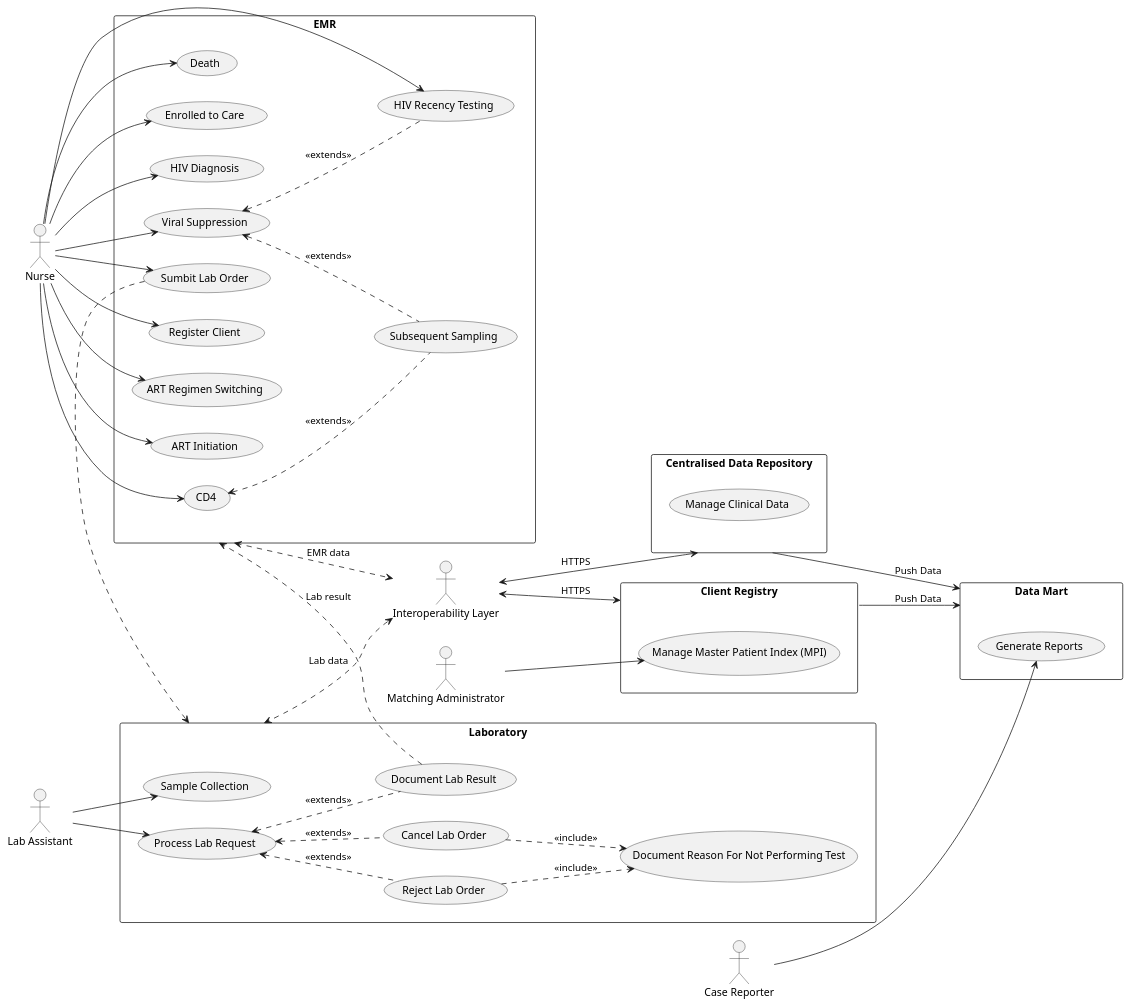
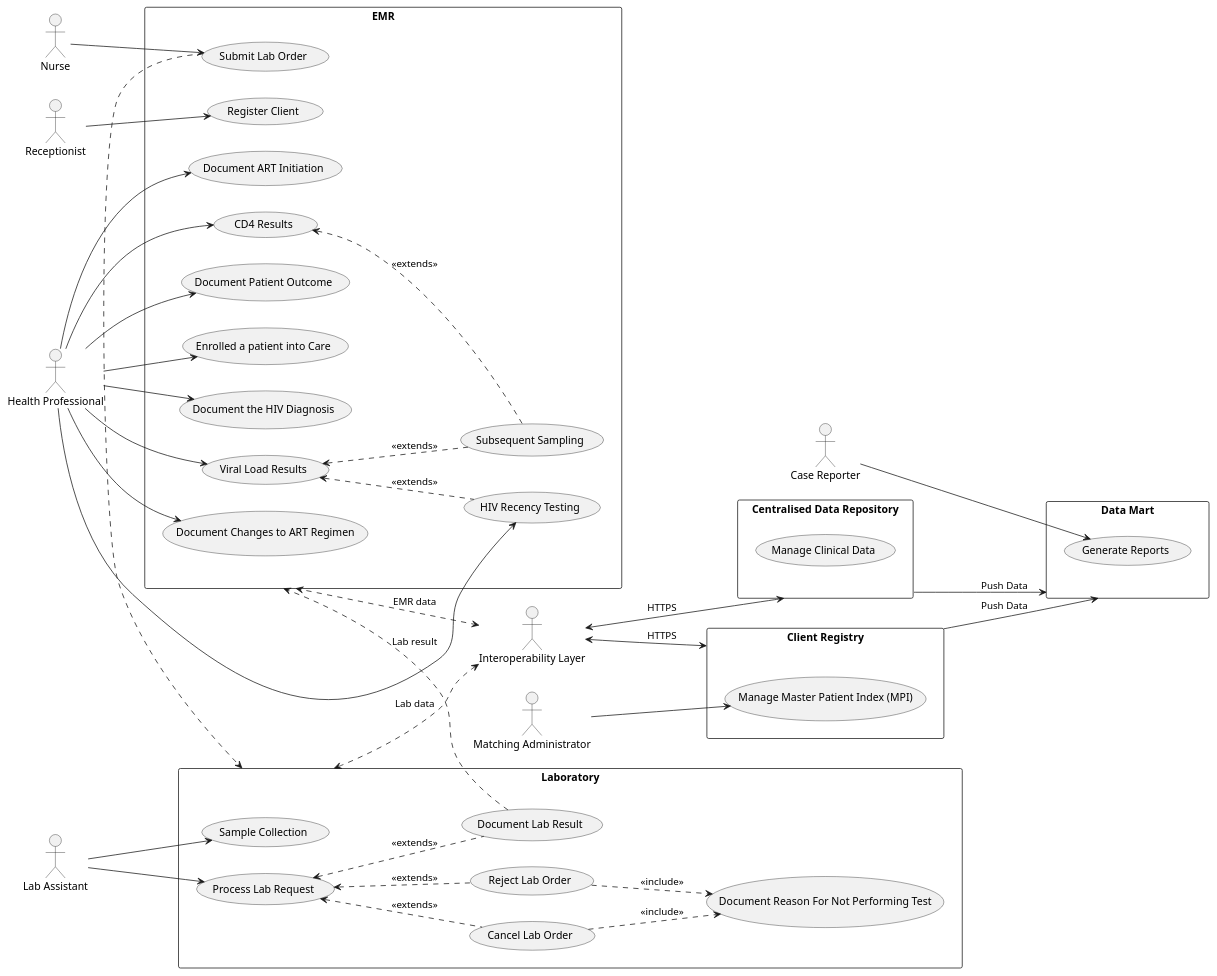
Before and after one commit to openhie/HIV-CBS: the diagram in input/images-source/uses-cases.pu, drawn with PlantUML. The commit also changed 4 other files, not shown here.

```diff
--- a/input/images-source/uses-cases.pu
+++ b/input/images-source/uses-cases.pu
@@ -1,89 +1,91 @@
 @startuml UseCaseDiagram
 left to right direction
 actor "Nurse" as nurse
+actor "Receptionist" as receptionist
+actor "Health Professional" as professional
 rectangle EMR {
   usecase "Register Client" as UC1
-  usecase "ART Regimen Switching" as UC2
-  usecase "ART Initiation" as UC3
-  usecase "CD4" as UC4
-  usecase "Death" as UC5
-  usecase "Enrolled to Care" as UC6
-  usecase "HIV Diagnosis" as UC7
-  usecase "Viral Suppression" as UC8
+  usecase "Document Changes to ART Regimen" as UC2
+  usecase "Document ART Initiation" as UC3
+  usecase "CD4 Results" as UC4
+  usecase "Document Patient Outcome" as UC5
+  usecase "Enrolled a patient into Care" as UC6
+  usecase "Document the HIV Diagnosis" as UC7
+  usecase "Viral Load Results" as UC8
   usecase "Subsequent Sampling" as UC9
-  usecase "Sumbit Lab Order" as UC10
+  usecase "Submit Lab Order" as UC10
   usecase "HIV Recency Testing" as UC11
 }
 
-nurse --> UC1
-nurse --> UC2
-nurse --> UC3
-nurse --> UC4
-nurse --> UC5
-nurse --> UC6
-nurse --> UC7
-nurse --> UC8
+receptionist --> UC1
+professional --> UC2
+professional --> UC3
+professional --> UC4
+professional --> UC5
+professional --> UC6
+professional --> UC7
+professional --> UC8
 nurse --> UC10
-nurse --> UC11
+professional --> UC11
 
 (UC4) <.. (UC9) : "<<extends>>"
 (UC8) <.. (UC9) : "<<extends>>"
 (UC8) <.. (UC11) : "<<extends>>"
 
 
 actor "Lab Assistant" as labAssistant
 rectangle Laboratory {
   usecase "Sample Collection" as UC14
   usecase "Process Lab Request" as UC15
   usecase "Document Lab Result" as UC16
   usecase "Reject Lab Order" as UC17
   usecase "Cancel Lab Order" as UC18
   usecase "Document Reason For Not Performing Test" as UC19
 }
 
 labAssistant --> UC14
 labAssistant --> UC15
 
 
 (UC15) <.. (UC16) : "<<extends>>"
 (UC15) <.. (UC17) : "<<extends>>"
 (UC15) <.. (UC18) : "<<extends>>"
 
 (UC18) ..> (UC19) : "<<include>>"
 (UC17) ..> (UC19) : "<<include>>"
 
 (UC10) ..> Laboratory
 
 (UC16) ..> EMR : "Lab result"
 
 actor "Interoperability Layer" as iol
 rectangle "Centralised Data Repository" as cdr {
   usecase "Manage Clinical Data" as UC20
 }
 
 iol <--> cdr : "HTTPS"
 
 EMR <..> iol : "EMR data"
 Laboratory <..> iol : "Lab data"
 
 
 actor "Matching Administrator" as macthingAdmin
 rectangle "Client Registry" as cr {
   usecase "Manage Master Patient Index (MPI)" as UC21
 }
 
 macthingAdmin --> UC21
 
 iol <--> cr : "HTTPS"
 
 actor "Case Reporter" as caseReporter
 rectangle "Data Mart" as dm {
   usecase "Generate Reports" as UC22
 }
 
 caseReporter --> UC22
 
 cdr --> dm : "Push Data"
 cr --> dm : "Push Data"
 
 @enduml
```
